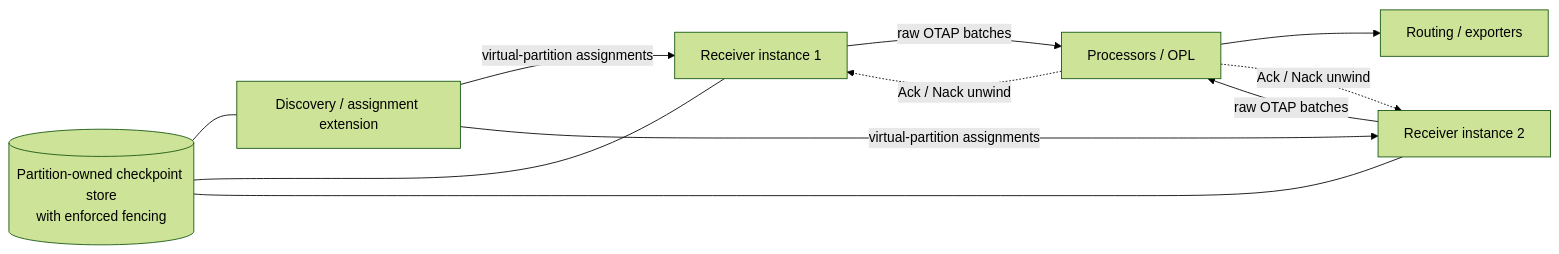
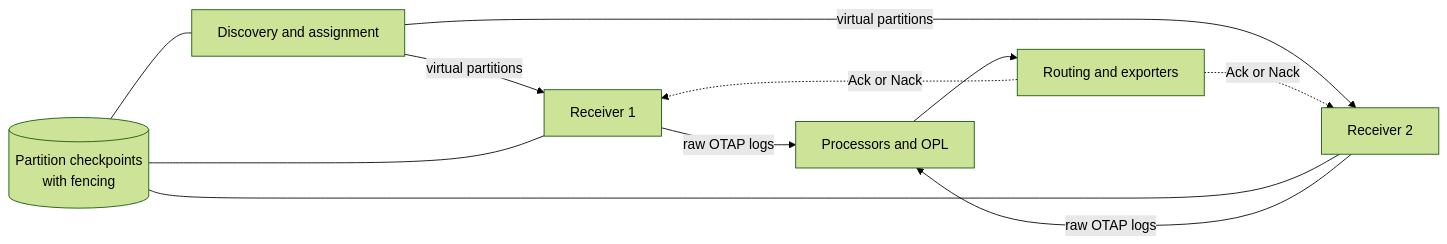
Before and after one commit to open-telemetry/otel-arrow: the second of 8 diagrams in rust/otap-dataflow/docs/filelog-receiver.md, drawn with Mermaid (forest theme). The commit also changed other lines of this file, not shown here.

Commit message:
docs: simplify filelog receiver design

````diff
--- a/rust/otap-dataflow/docs/filelog-receiver.md
+++ b/rust/otap-dataflow/docs/filelog-receiver.md
@@ -183,13 +138,13 @@
 ```mermaid
 flowchart LR
-  D[Discovery / assignment extension] -->|virtual-partition assignments| R1[Receiver instance 1]
-  D -->|virtual-partition assignments| R2[Receiver instance 2]
-  R1 -->|raw OTAP batches| P[Processors / OPL]
-  R2 -->|raw OTAP batches| P
-  P --> E[Routing / exporters]
-  P -.->|Ack / Nack unwind| R1
-  P -.->|Ack / Nack unwind| R2
-  C[(Partition-owned checkpoint store<br/>with enforced fencing)] --- D
+  D["Discovery and assignment"] -->|"virtual partitions"| R1["Receiver 1"]
+  D -->|"virtual partitions"| R2["Receiver 2"]
+  R1 -->|"raw OTAP logs"| P["Processors and OPL"]
+  R2 -->|"raw OTAP logs"| P
+  P --> E["Routing and exporters"]
+  E -.->|"Ack or Nack"| R1
+  E -.->|"Ack or Nack"| R2
+  C[("Partition checkpoints<br/>with fencing")] --- D
   C --- R1
   C --- R2
 ```
````
